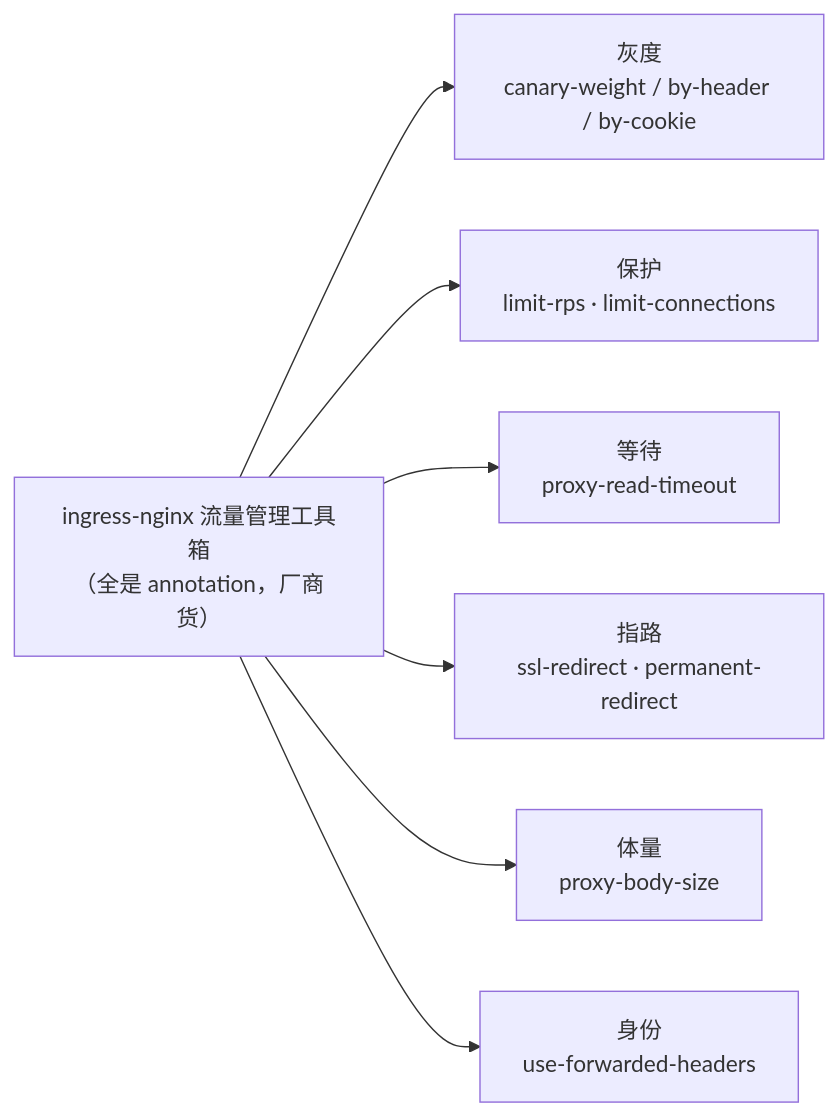
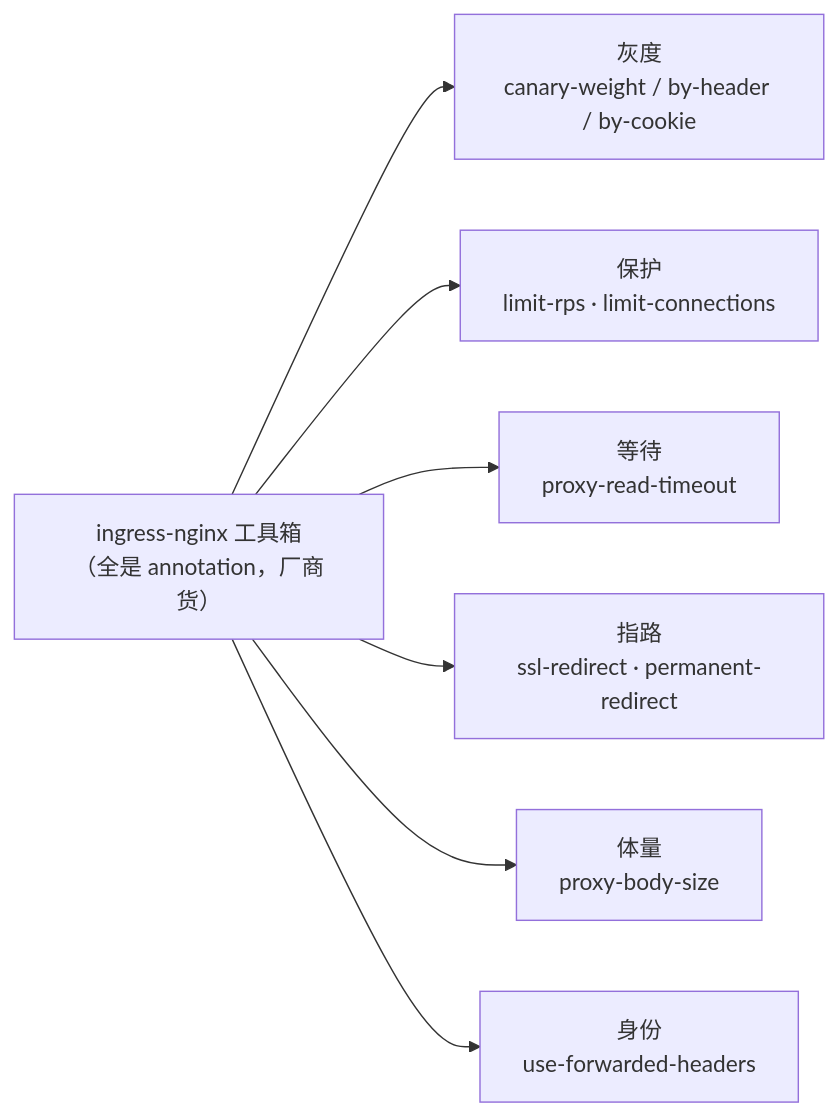
Before and after one commit to ml-cuizijun/LearnToLilith: the third of 5 diagrams in 03-Kubernetes/15-Ingress与流量管理/知识点.md, drawn with Mermaid. The commit also changed other lines of this file and 178 other files, not shown here.

````diff
--- a/03-Kubernetes/15-Ingress与流量管理/知识点.md
+++ b/03-Kubernetes/15-Ingress与流量管理/知识点.md
@@ -390,9 +417,9 @@
 ```mermaid
 flowchart LR
-    T["ingress-nginx 流量管理工具箱<br/>（全是 annotation，厂商货）"] --> A["灰度<br/>canary-weight / by-header / by-cookie"]
+    T["ingress-nginx 工具箱<br/>（全是 annotation，厂商货）"] --> A["灰度<br/>canary-weight / by-header / by-cookie"]
     T --> B["保护<br/>limit-rps · limit-connections"]
     T --> C["等待<br/>proxy-read-timeout"]
     T --> D["指路<br/>ssl-redirect · permanent-redirect"]
     T --> E["体量<br/>proxy-body-size"]
     T --> F["身份<br/>use-forwarded-headers"]
 ```
````
